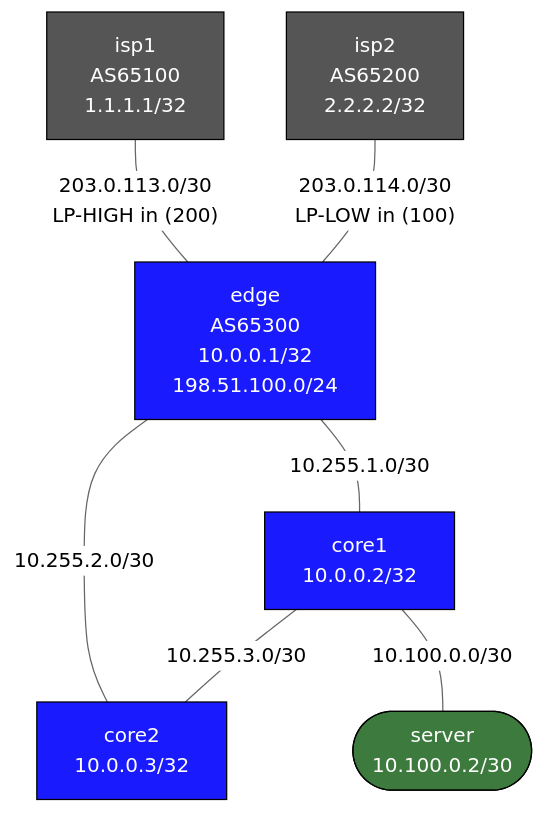
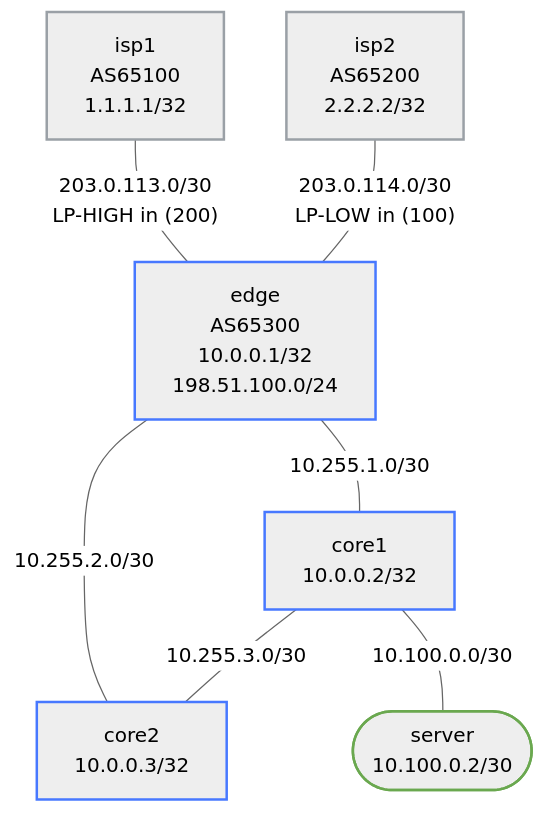
One commit to jschless/networkingLabs changed the diagram in labs/enterprise-wan-edge/README.md. Above: the diagram before and after it, drawn with Mermaid (neutral theme). The commit also changed 250 other files, not shown here.

Commit message:
Fix unreadable topology diagrams, convert ASCII art, publish assessments (#57)

````diff
--- a/labs/enterprise-wan-edge/README.md
+++ b/labs/enterprise-wan-edge/README.md
@@ -17,24 +17,24 @@
 ```mermaid
 flowchart TB
-    isp1["isp1\nAS65100\n1.1.1.1/32"]
-    isp2["isp2\nAS65200\n2.2.2.2/32"]
-    edge["edge\nAS65300\n10.0.0.1/32\n198.51.100.0/24"]
-    core1["core1\n10.0.0.2/32"]
-    core2["core2\n10.0.0.3/32"]
-    server(["server\n10.100.0.2/30"])
+    isp1["isp1<br/>AS65100<br/>1.1.1.1/32"]
+    isp2["isp2<br/>AS65200<br/>2.2.2.2/32"]
+    edge["edge<br/>AS65300<br/>10.0.0.1/32<br/>198.51.100.0/24"]
+    core1["core1<br/>10.0.0.2/32"]
+    core2["core2<br/>10.0.0.3/32"]
+    server(["server<br/>10.100.0.2/30"])
 
-    isp1 -- "203.0.113.0/30\nLP-HIGH in (200)" --- edge
-    isp2 -- "203.0.114.0/30\nLP-LOW in (100)" --- edge
+    isp1 -- "203.0.113.0/30<br/>LP-HIGH in (200)" --- edge
+    isp2 -- "203.0.114.0/30<br/>LP-LOW in (100)" --- edge
     edge -- "10.255.1.0/30" --- core1
     edge -- "10.255.2.0/30" --- core2
     core1 -- "10.255.3.0/30" --- core2
     core1 -- "10.100.0.0/30" --- server
 
-    classDef router fill:#1a1aff,color:#fff,stroke:#000
-    classDef host   fill:#3d7a3d,color:#fff,stroke:#000
-    classDef isp    fill:#555,color:#fff,stroke:#000
+    classDef router stroke:#4778ff,stroke-width:2px
+    classDef host stroke:#6aa84f,stroke-width:2px
+    classDef isp stroke:#9aa0a6,stroke-width:2px
 
     class isp1,isp2 isp
     class edge,core1,core2 router
     class server host
 ```
````
